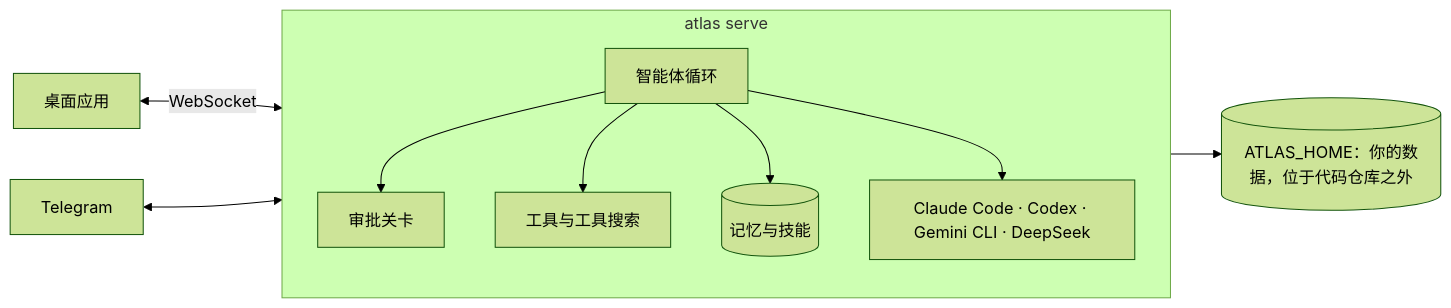
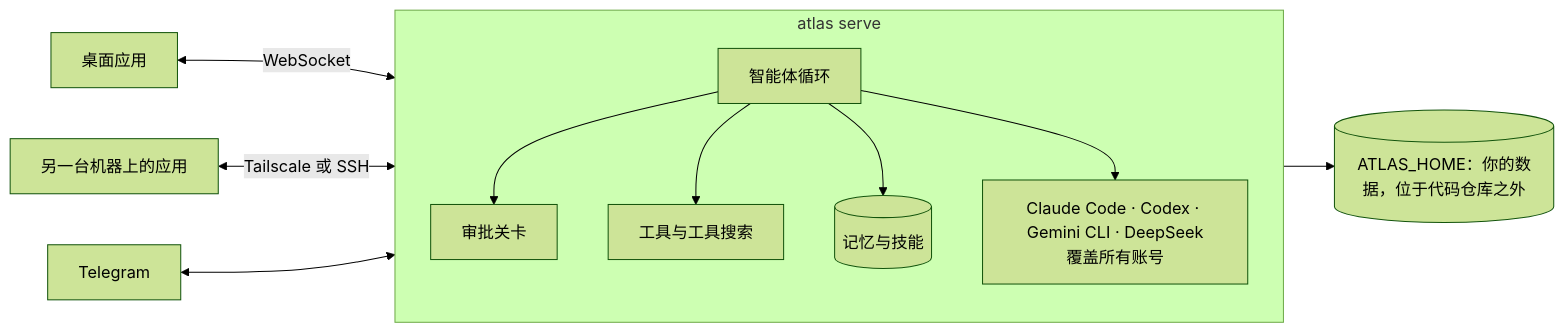
Before and after one commit to AlexandreLPA/atlas: the diagram in README.zh-CN.md, drawn with Mermaid (forest theme). The commit also changed other lines of this file and 3 other files, not shown here.

````diff
--- a/README.zh-CN.md
+++ b/README.zh-CN.md
@@ -99,12 +144,13 @@
 ```mermaid
 flowchart LR
     App[桌面应用] <-->|WebSocket| Server
+    Laptop[另一台机器上的应用] <-->|Tailscale 或 SSH| Server
     Telegram <--> Server
     subgraph Server[atlas serve]
         Loop[智能体循环] --> Gate[审批关卡]
         Loop --> Tools[工具与工具搜索]
         Loop --> Memory[(记忆与技能)]
-        Loop --> Executors[Claude Code · Codex · Gemini CLI · DeepSeek]
+        Loop --> Executors[Claude Code · Codex · Gemini CLI · DeepSeek<br>覆盖所有账号]
     end
     Server --> Home[(ATLAS_HOME：你的数据，位于代码仓库之外)]
 ```
````
